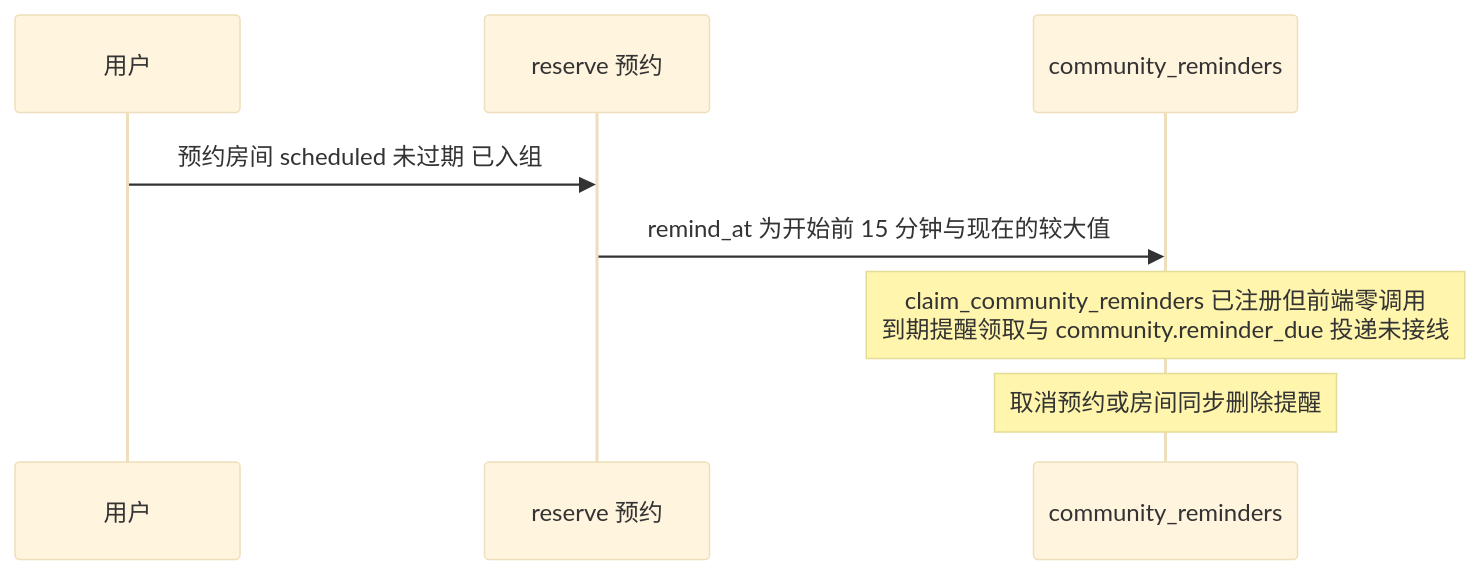
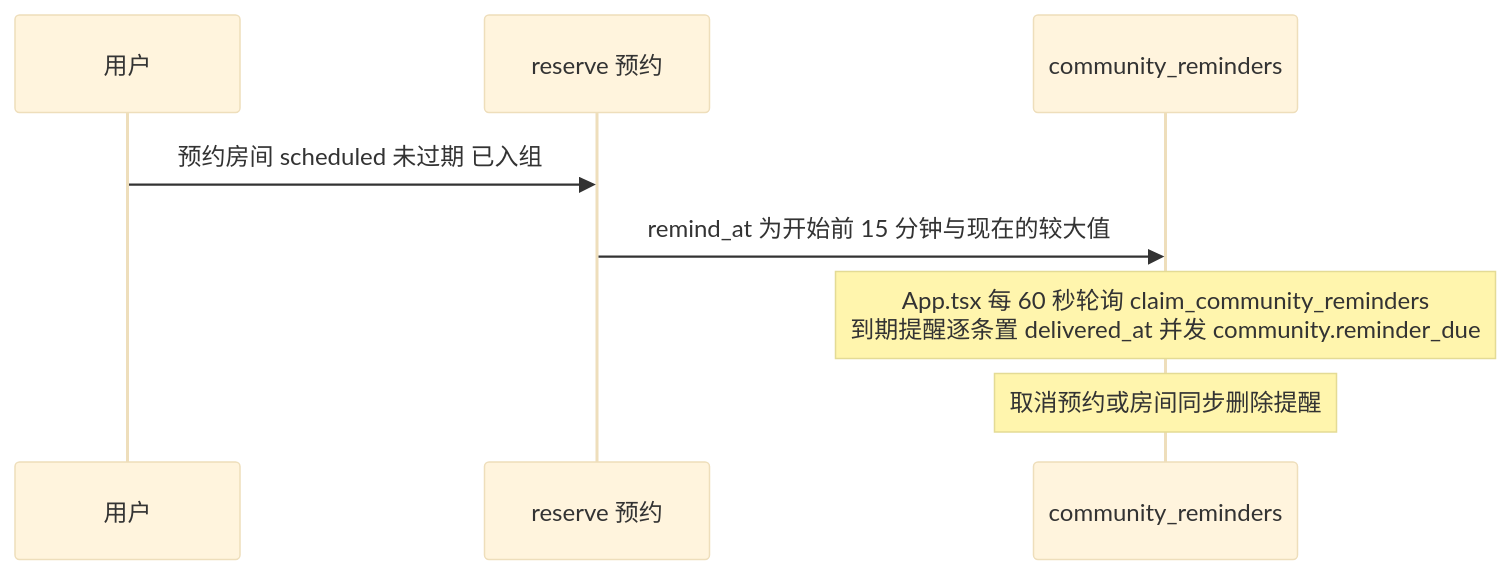
One commit to hershate/Deep-tutor changed the ninth of 11 diagrams in docs/architecture/03-workflow.md. Above: the diagram before and after it, drawn with Mermaid (base theme). The commit also changed other lines of this file and 12 other files, not shown here.

````diff
--- a/docs/architecture/03-workflow.md
+++ b/docs/architecture/03-workflow.md
@@ -183,13 +183,10 @@
 ```mermaid
 sequenceDiagram
     participant U as 用户
     participant R as reserve 预约
     participant RM as community_reminders
-    participant U as 用户
-    participant R as reserve 预约
-    participant RM as community_reminders
     U->>R: 预约房间 scheduled 未过期 已入组
     R->>RM: remind_at 为开始前 15 分钟与现在的较大值
-    Note over RM: claim_community_reminders 已注册但前端零调用<br/>到期提醒领取与 community.reminder_due 投递未接线
+    Note over RM: App.tsx 每 60 秒轮询 claim_community_reminders<br/>到期提醒逐条置 delivered_at 并发 community.reminder_due
     Note over RM: 取消预约或房间同步删除提醒
 ```
````
